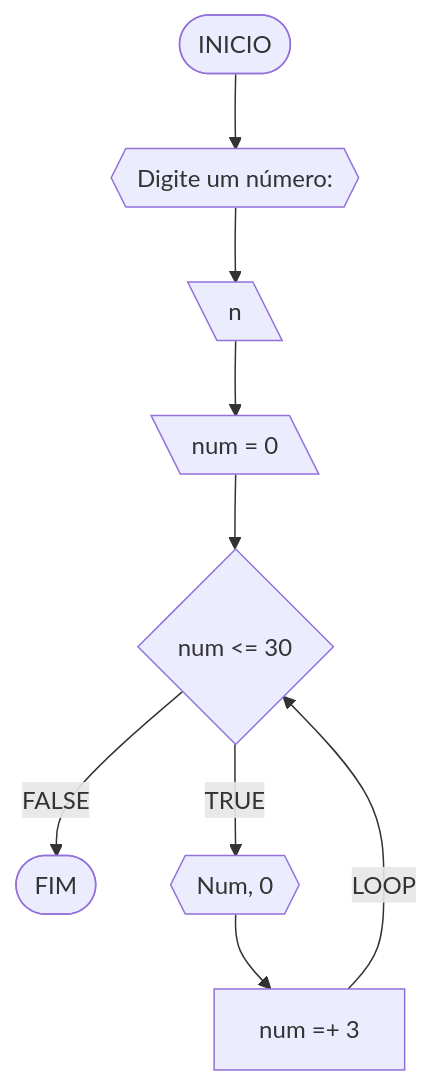
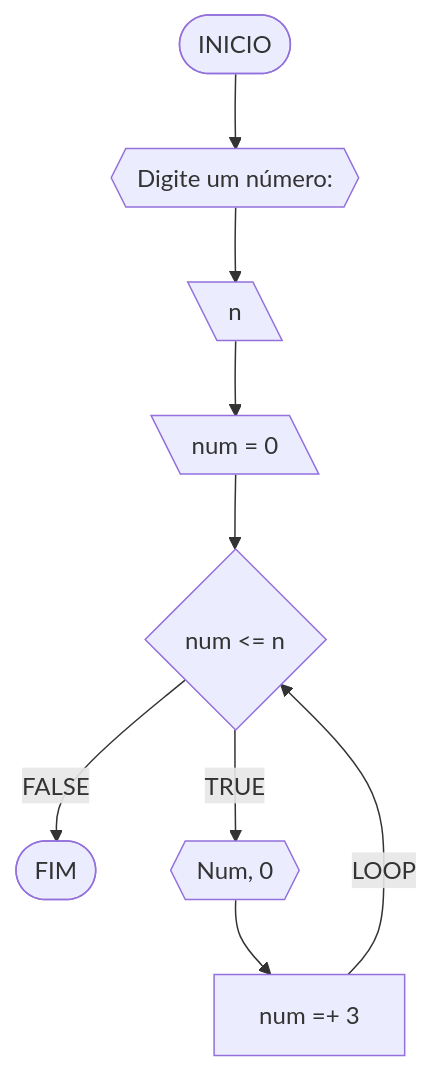
One commit to Gabriel0225/unifor changed the fourth of 6 diagrams in RLA/unidade1/lista3.md. Above: the diagram before and after it, drawn with Mermaid.

````diff
--- a/RLA/unidade1/lista3.md
+++ b/RLA/unidade1/lista3.md
@@ -145,11 +145,11 @@
 ```mermaid
 flowchart TD
 A([INICIO]) --> B{{Digite um número: }}
 B --> C[\n\]
 C --> D[\num = 0\]
-D --> E{num <= 30}
+D --> E{num <= n}
 E --FALSE--> I([FIM])
 E --TRUE--> F{{"Num", 0}}
 F --> G[num =+ 3]
 G --LOOP--> E
 ```
````
